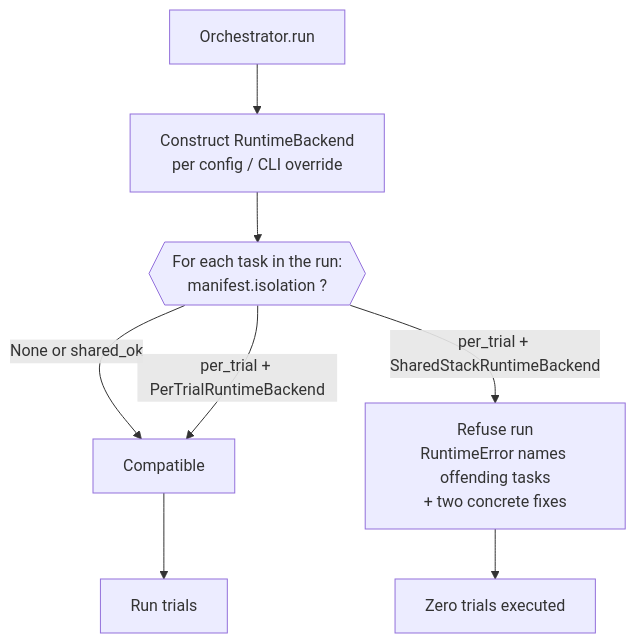
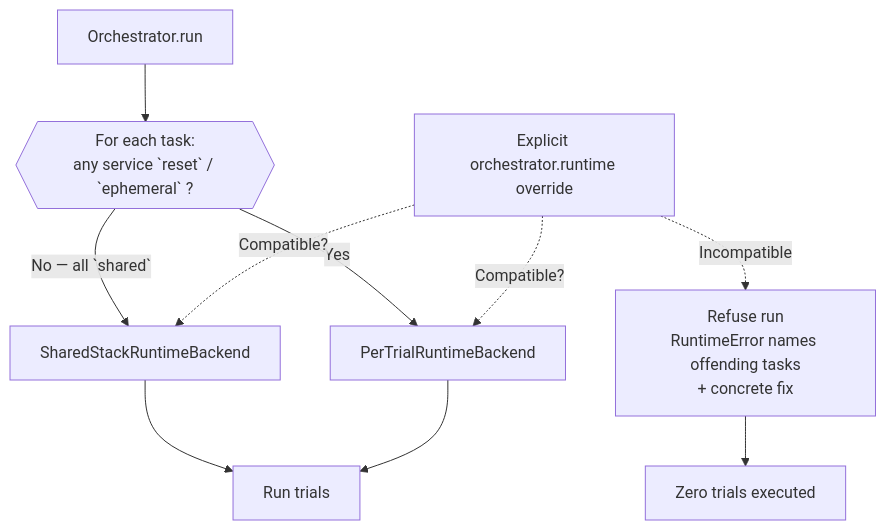
One commit to Toloka/tolokaforge changed the fourth of 4 diagrams in docs/architecture/RUNTIME_BACKENDS.md. Above: the diagram before and after it, drawn with Mermaid. The commit also changed other lines of this file and 2 other files, not shown here.

Commit message:
docs(multi-container): breadcrumbs + vocab sweep on RUNTIME_BACKENDS.md and TASKS.md
Discoverability + remaining vocab-drift items from the milestone-12
close audit (Part A SHOULD):

- README.md — surface the four newer example packs
  (multi_service_postgres_reset, multi_service_slow_start,
  example-microservices-pack) in both the Project Structure diagram
  and the Multi-container examples table; add rows for PROJECTS.md
  and RESET_RECIPES.md in the Documentation table.
- docs/architecture/RUNTIME_BACKENDS.md — rewrite Isolation
  enforcement around per-service services.<name>.isolation
  (shared/reset/ephemeral); update the flow diagram and prose to
  match the task-driven backend selection that shipped in M3.
- docs/TASKS.md — replace the whole-manifest isolation snippet with
  the per-service services: map; add a services.<name>.reset.seed
  row pointing at RESET_RECIPES.md.

````diff
--- a/docs/architecture/RUNTIME_BACKENDS.md
+++ b/docs/architecture/RUNTIME_BACKENDS.md
@@ -275,10 +281,12 @@
 ```mermaid
 flowchart TD
-    Start[Orchestrator.run] --> Backend[Construct RuntimeBackend<br/>per config / CLI override]
-    Backend --> Check{{"For each task in the run:<br/>manifest.isolation ?"}}
-    Check -->|None or shared_ok| OK[Compatible]
-    Check -->|per_trial + PerTrialRuntimeBackend| OK
-    Check -->|per_trial + SharedStackRuntimeBackend| Refuse["Refuse run<br/>RuntimeError names offending tasks<br/>+ two concrete fixes"]
-    OK --> Trials[Run trials]
+    Start[Orchestrator.run] --> Select{{"For each task:<br/>any service `reset` / `ephemeral` ?"}}
+    Select -->|No — all `shared`| Shared[SharedStackRuntimeBackend]
+    Select -->|Yes| PerTrial[PerTrialRuntimeBackend]
+    Override[Explicit orchestrator.runtime override] -.->|Compatible?| Shared
+    Override -.->|Compatible?| PerTrial
+    Override -.->|Incompatible| Refuse["Refuse run<br/>RuntimeError names offending tasks<br/>+ concrete fix"]
+    Shared --> Trials[Run trials]
+    PerTrial --> Trials
     Refuse --> Stop[Zero trials executed]
 ```
````
